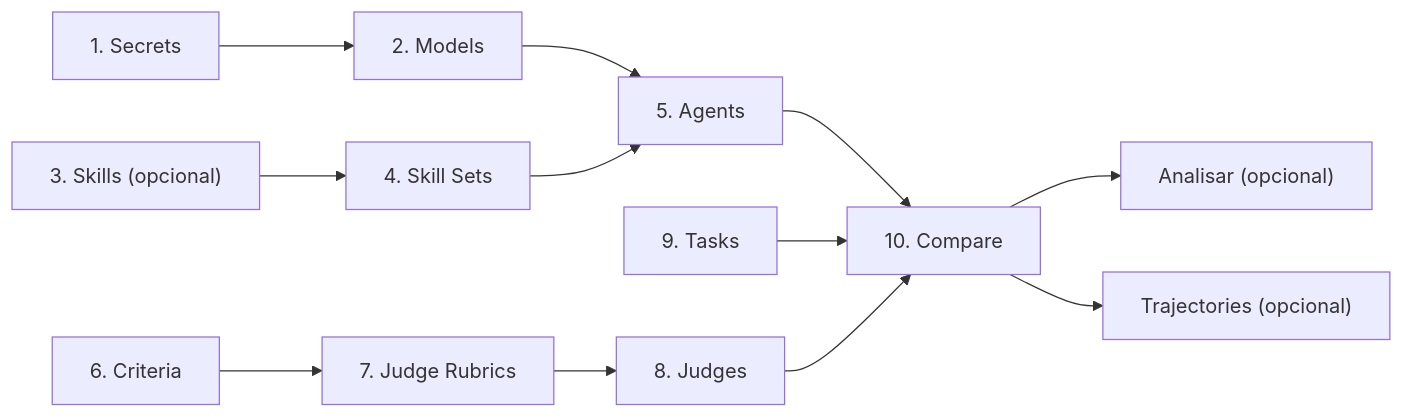
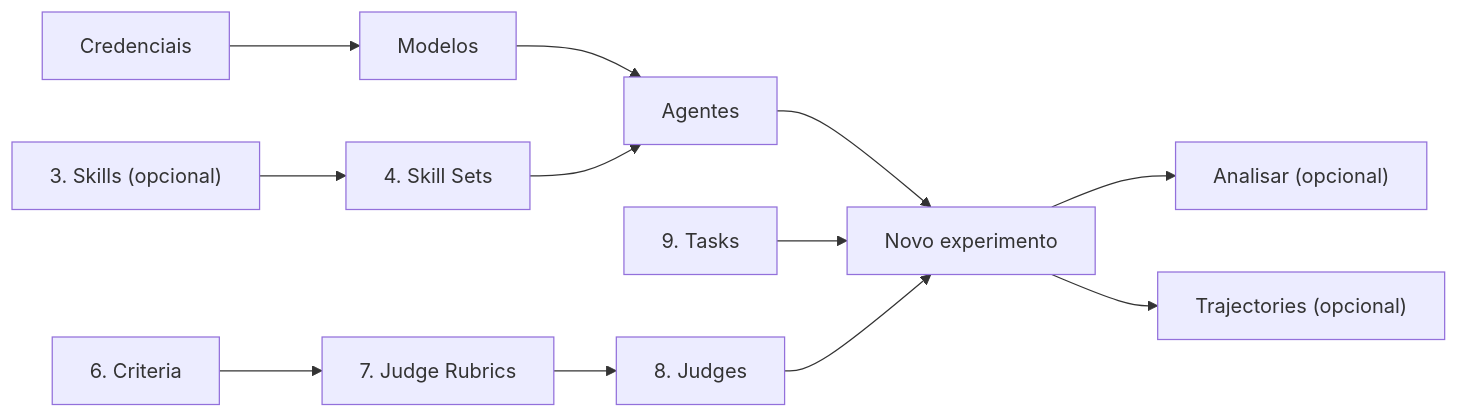
One commit to rafa210587/harbor-eval-kit changed the second of 3 diagrams in docs/COMO_FUNCIONA.md. Above: the diagram before and after it, drawn with Mermaid. The commit also changed other lines of this file and 97 other files, not shown here.

````diff
--- a/docs/COMO_FUNCIONA.md
+++ b/docs/COMO_FUNCIONA.md
@@ -57,15 +58,15 @@
 ```mermaid
 flowchart LR
-    S1["1. Secrets"] --> S2["2. Models"]
+    S1["Credenciais"] --> S2["Modelos"]
     S3["3. Skills (opcional)"]
     S3 --> S4["4. Skill Sets"]
-    S2 --> S5["5. Agents"]
+    S2 --> S5["Agentes"]
     S4 --> S5
     S6["6. Criteria"] --> S7["7. Judge Rubrics"]
     S7 --> S8["8. Judges"]
-    S5 --> S10["10. Compare"]
+    S5 --> S10["Novo experimento"]
     S9["9. Tasks"] --> S10
     S8 --> S10
     S10 --> AN["Analisar (opcional)"]
     S10 --> TR["Trajectories (opcional)"]
 ```
````
